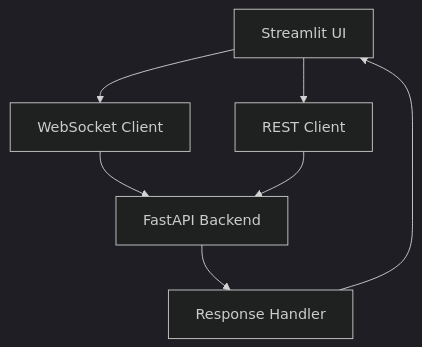
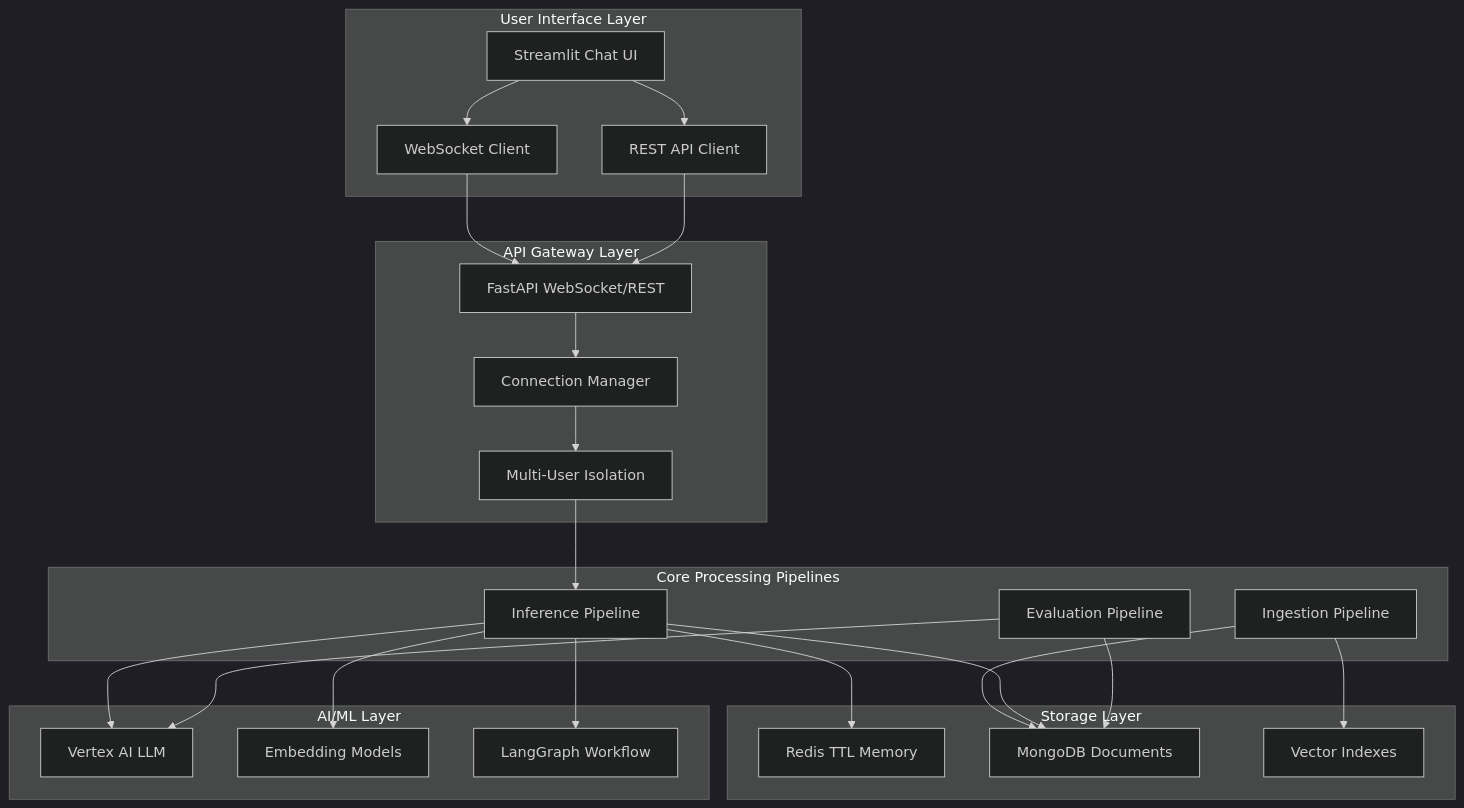
The first of 7 diagrams in Readme.md (joybratasarkar/career-guidance-rag), drawn with Mermaid (dark theme) before and after one commit. The commit also changed other lines of this file, not shown here.

First line of the commit message:
feat: Add comprehensive chatbot architecture diagram and deployment guide

````diff
--- a/Readme.md
+++ b/Readme.md
@@ -384,9 +386,49 @@
 ```mermaid
 graph TB
-    A[Streamlit UI] --> B[WebSocket Client]
-    A --> C[REST Client]
-    B --> D[FastAPI Backend]
+    subgraph "User Interface Layer"
+        A[Streamlit Chat UI] 
+        B[WebSocket Client]
+        C[REST API Client]
+    end
+    
+    subgraph "API Gateway Layer"
+        D[FastAPI WebSocket/REST]
+        E[Connection Manager]
+        F[Multi-User Isolation]
+    end
+    
+    subgraph "Core Processing Pipelines"
+        G[Ingestion Pipeline]
+        H[Inference Pipeline] 
+        I[Evaluation Pipeline]
+    end
+    
+    subgraph "Storage Layer"
+        J[Redis TTL Memory]
+        K[MongoDB Documents]
+        L[Vector Indexes]
+    end
+    
+    subgraph "AI/ML Layer"
+        M[Vertex AI LLM]
+        N[Embedding Models]
+        O[LangGraph Workflow]
+    end
+    
+    A --> B
+    A --> C
+    B --> D
     C --> D
-    D --> E[Response Handler]
-    E --> A
+    D --> E
+    E --> F
+    F --> H
+    G --> K
+    G --> L
+    H --> J
+    H --> K
+    H --> M
+    H --> N
+    H --> O
+    I --> K
+    I --> M
 ```
````
